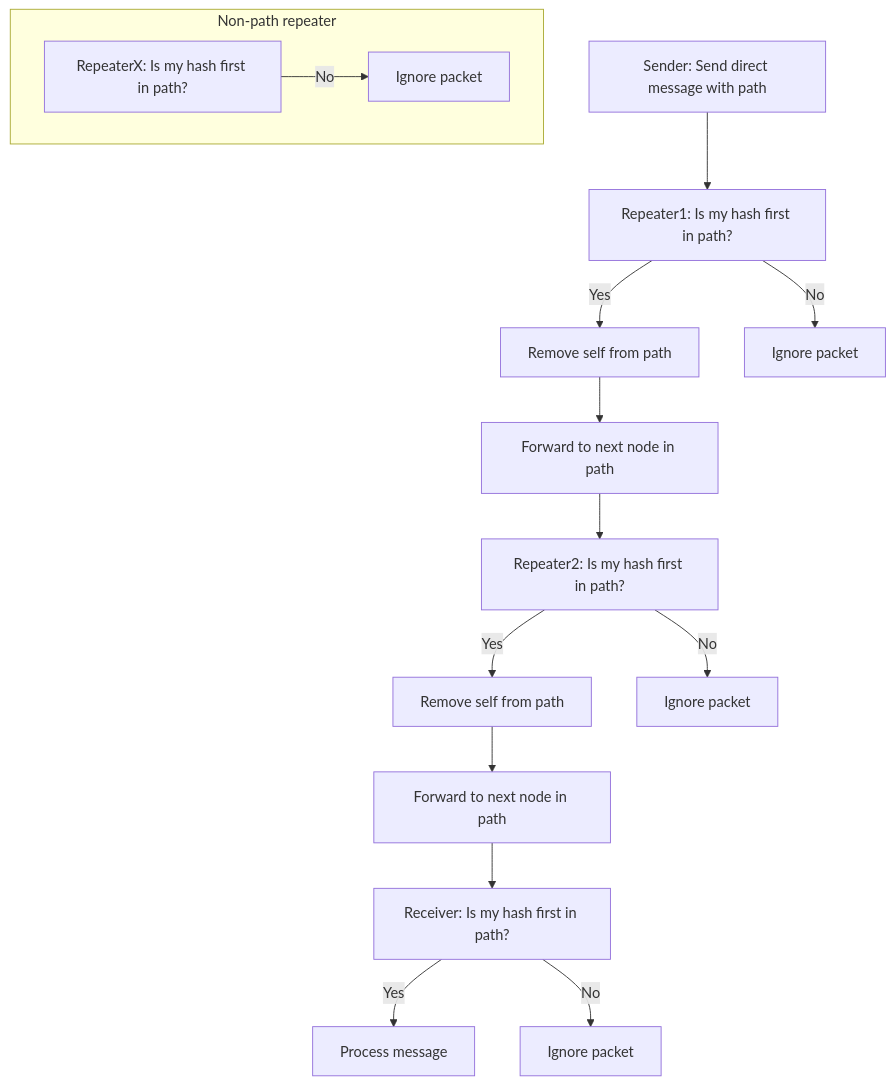
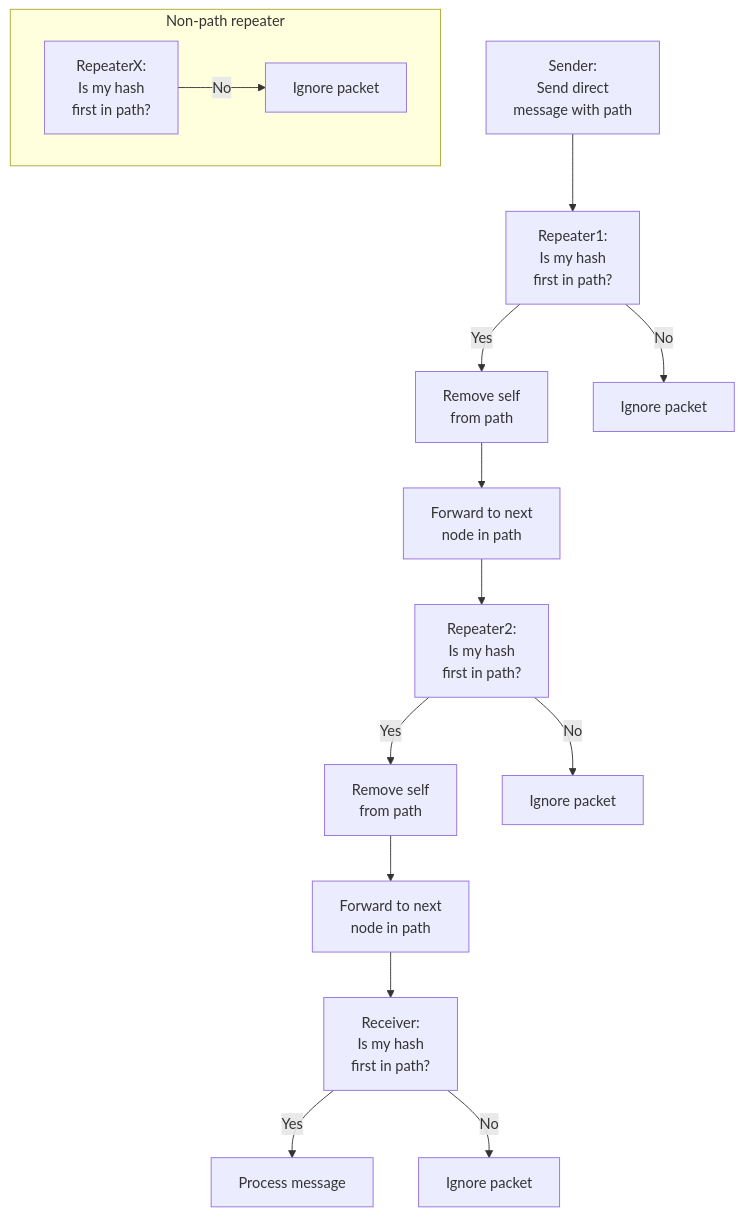
Before and after one commit to luckystriike22/meshcore_region_info: the first of 3 diagrams in direct_message_flows.md, drawn with Mermaid. The commit also changed other lines of this file, not shown here.

Commit message:
add line breaks

````diff
--- a/direct_message_flows.md
+++ b/direct_message_flows.md
@@ -33,18 +33,18 @@
 ```mermaid
 flowchart TD
-    A[Sender: Send direct message with path] --> B[Repeater1: Is my hash first in path?]
-    B -- Yes --> C[Remove self from path]
-    C --> D[Forward to next node in path]
+    A[Sender:<br>Send direct<br>message with path] --> B[Repeater1:<br>Is my hash<br>first in path?]
+    B -- Yes --> C[Remove self<br>from path]
+    C --> D[Forward to next<br>node in path]
     B -- No --> E[Ignore packet]
-    D --> F[Repeater2: Is my hash first in path?]
-    F -- Yes --> G[Remove self from path]
-    G --> H[Forward to next node in path]
+    D --> F[Repeater2:<br>Is my hash<br>first in path?]
+    F -- Yes --> G[Remove self<br>from path]
+    G --> H[Forward to next<br>node in path]
     F -- No --> I[Ignore packet]
-    H --> J[Receiver: Is my hash first in path?]
+    H --> J[Receiver:<br>Is my hash<br>first in path?]
     J -- Yes --> K[Process message]
     J -- No --> L[Ignore packet]
     subgraph Non-path repeater
-        M[RepeaterX: Is my hash first in path?]
+        M[RepeaterX:<br>Is my hash<br>first in path?]
         M -- No --> N[Ignore packet]
     end
 ```
````
